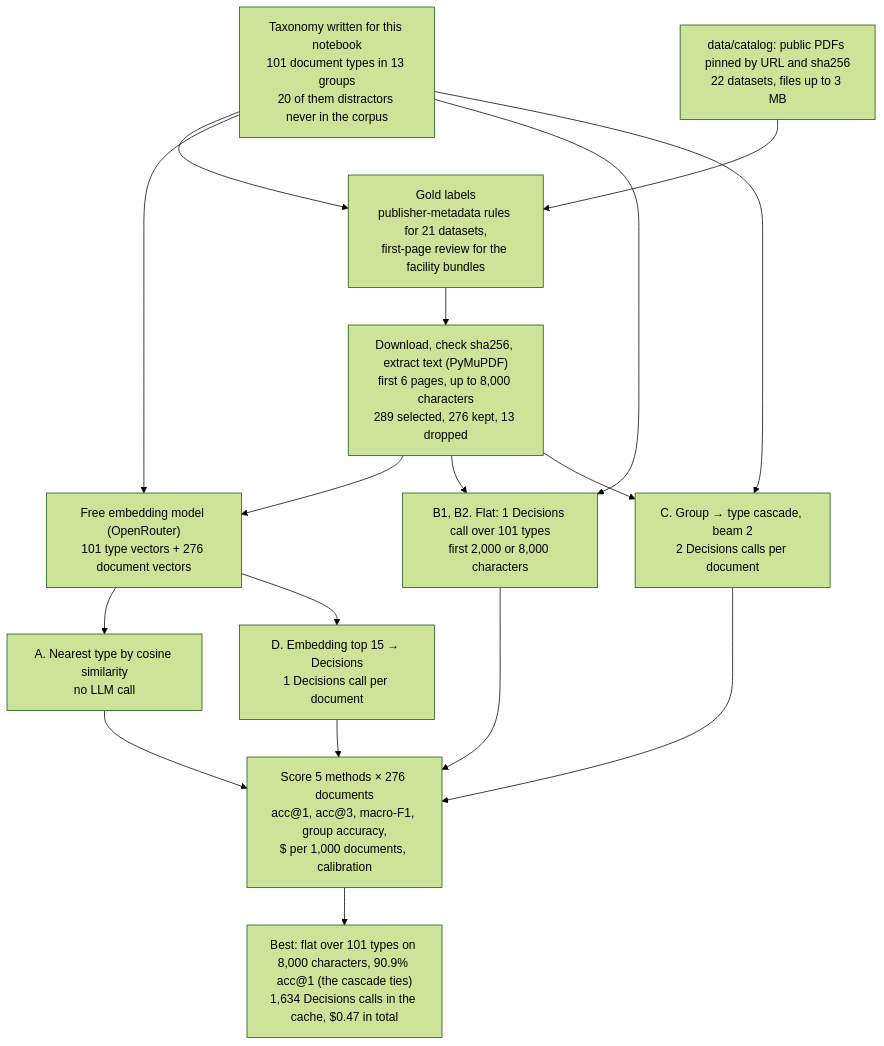
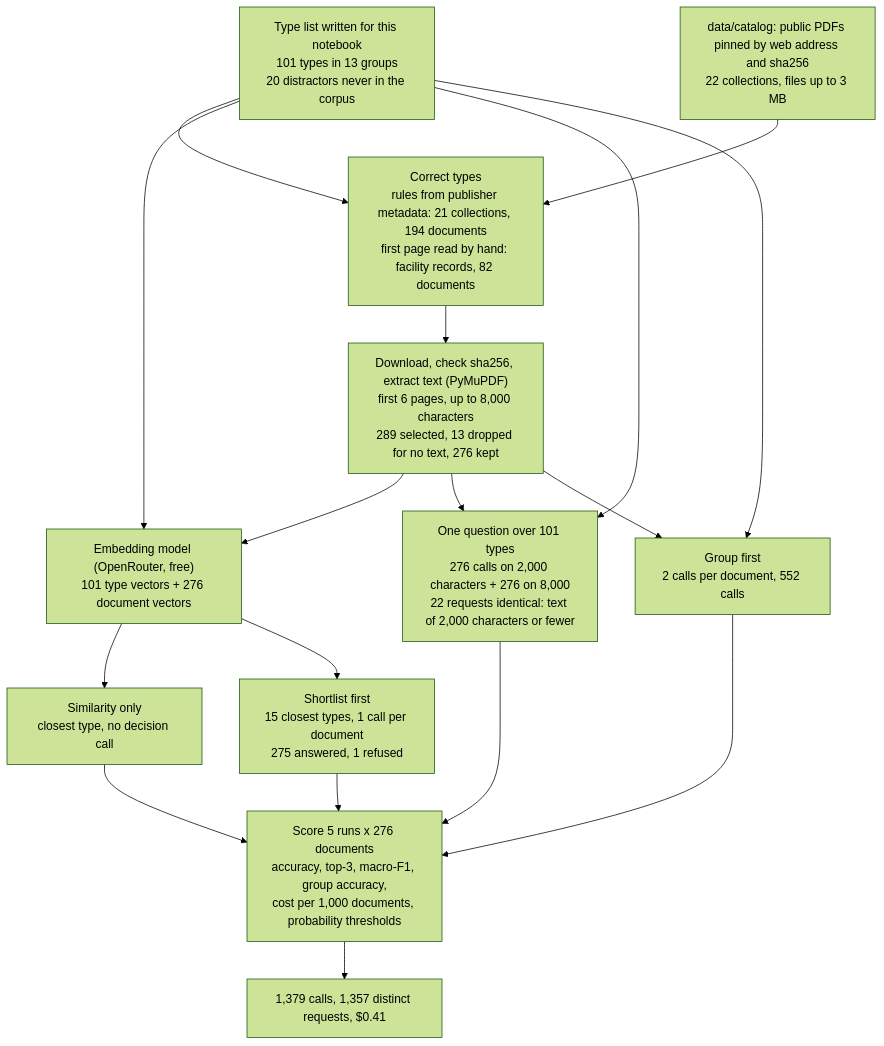
One commit to k-sandhu/experiment-notebooks changed the first of 2 diagrams in notebooks/03-document-type-classification/README.md. Above: the diagram before and after it, drawn with Mermaid (forest theme). The commit also changed other lines of this file and 2 other files, not shown here.

First line of the commit message:
Rewrite notebook 03 README and narrative as a standalone explanation

````diff
--- a/notebooks/03-document-type-classification/README.md
+++ b/notebooks/03-document-type-classification/README.md
@@ -14,29 +128,29 @@
 ```mermaid
 flowchart TD
-    tax["Taxonomy written for this notebook<br/>101 document types in 13 groups<br/>20 of them distractors never in the corpus"]
-    cat["data/catalog: public PDFs pinned by URL and sha256<br/>22 datasets, files up to 3 MB"]
-    gold["Gold labels<br/>publisher-metadata rules for 21 datasets,<br/>first-page review for the facility bundles"]
-    dl["Download, check sha256, extract text (PyMuPDF)<br/>first 6 pages, up to 8,000 characters<br/>289 selected, 276 kept, 13 dropped"]
-    emb["Free embedding model (OpenRouter)<br/>101 type vectors + 276 document vectors"]
-    A["A. Nearest type by cosine similarity<br/>no LLM call"]
-    B["B1, B2. Flat: 1 Decisions call over 101 types<br/>first 2,000 or 8,000 characters"]
-    C["C. Group → type cascade, beam 2<br/>2 Decisions calls per document"]
-    D["D. Embedding top 15 → Decisions<br/>1 Decisions call per document"]
-    score["Score 5 methods × 276 documents<br/>acc@1, acc@3, macro-F1, group accuracy,<br/>$ per 1,000 documents, calibration"]
-    res["Best: flat over 101 types on 8,000 characters, 90.9% acc@1 (the cascade ties)<br/>1,634 Decisions calls in the cache, $0.47 in total"]
+    tax["Type list written for this notebook<br/>101 types in 13 groups<br/>20 distractors never in the corpus"]
+    cat["data/catalog: public PDFs pinned by web address and sha256<br/>22 collections, files up to 3 MB"]
+    gold["Correct types<br/>rules from publisher metadata: 21 collections, 194 documents<br/>first page read by hand: facility records, 82 documents"]
+    dl["Download, check sha256, extract text (PyMuPDF)<br/>first 6 pages, up to 8,000 characters<br/>289 selected, 13 dropped for no text, 276 kept"]
+    emb["Embedding model (OpenRouter, free)<br/>101 type vectors + 276 document vectors"]
+    A["Similarity only<br/>closest type, no decision call"]
+    B["One question over 101 types<br/>276 calls on 2,000 characters + 276 on 8,000<br/>22 requests identical: text of 2,000 characters or fewer"]
+    C["Group first<br/>2 calls per document, 552 calls"]
+    D["Shortlist first<br/>15 closest types, 1 call per document<br/>275 answered, 1 refused"]
+    score["Score 5 runs x 276 documents<br/>accuracy, top-3, macro-F1, group accuracy,<br/>cost per 1,000 documents, probability thresholds"]
+    res["1,379 calls, 1,357 distinct requests, $0.41"]
     tax --> gold
     cat --> gold --> dl
     tax --> emb
     dl --> emb
     emb --> A
     emb --> D
     dl --> B
     dl --> C
     tax --> B
     tax --> C
     A --> score
     B --> score
     C --> score
     D --> score
     score --> res
 ```
````
